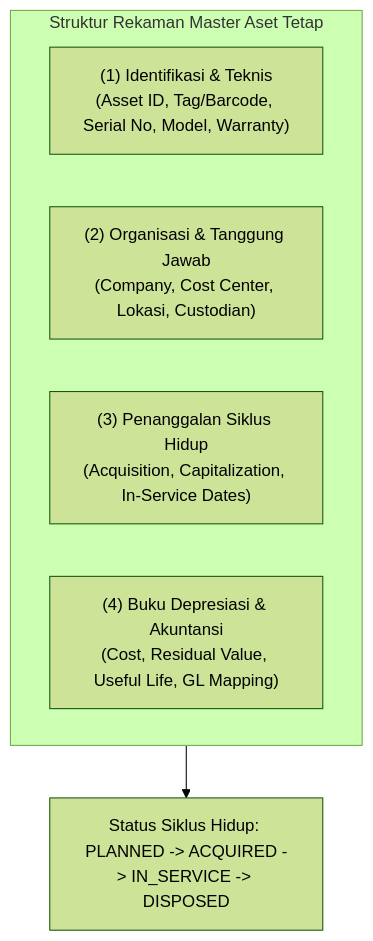
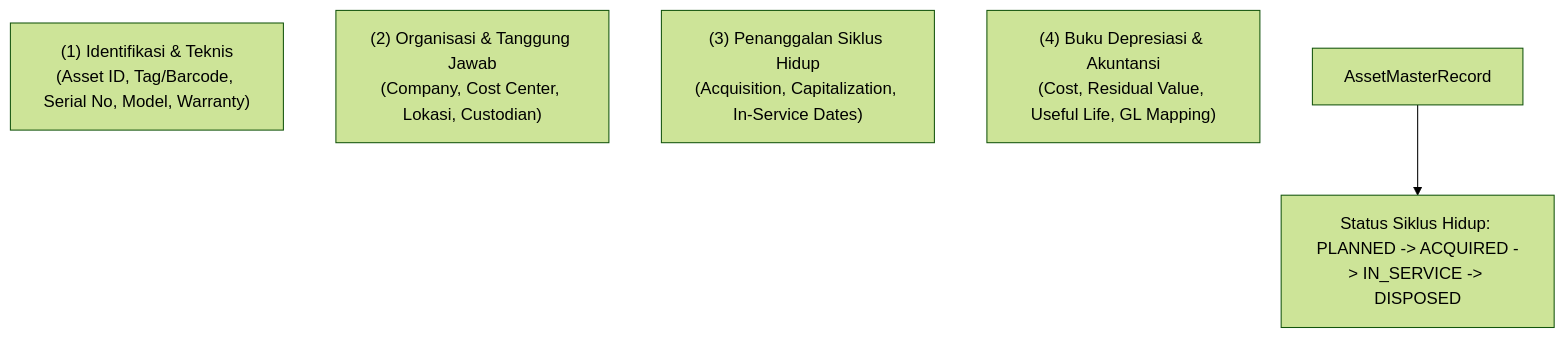
The first of 3 diagrams in content/08-assets/asset-master-data.md (alimurrofid/erp-notes), drawn with Mermaid (forest theme) before and after one commit. The commit also changed 58 other files, not shown here.

Commit message:
fix(content):Mermaid Subgraph

````diff
--- a/content/08-assets/asset-master-data.md
+++ b/content/08-assets/asset-master-data.md
@@ -9,10 +9,8 @@
 ```mermaid
 graph TD
-    subgraph AssetMasterRecord["Struktur Rekaman Master Aset Tetap"]
         ID["(1) Identifikasi & Teknis<br/>(Asset ID, Tag/Barcode, Serial No, Model, Warranty)"]
         Org["(2) Organisasi & Tanggung Jawab<br/>(Company, Cost Center, Lokasi, Custodian)"]
         Dates["(3) Penanggalan Siklus Hidup<br/>(Acquisition, Capitalization, In-Service Dates)"]
         Fin["(4) Buku Depresiasi & Akuntansi<br/>(Cost, Residual Value, Useful Life, GL Mapping)"]
-    end
     AssetMasterRecord --> Status["Status Siklus Hidup: PLANNED -> ACQUIRED -> IN_SERVICE -> DISPOSED"]
 ```
````
